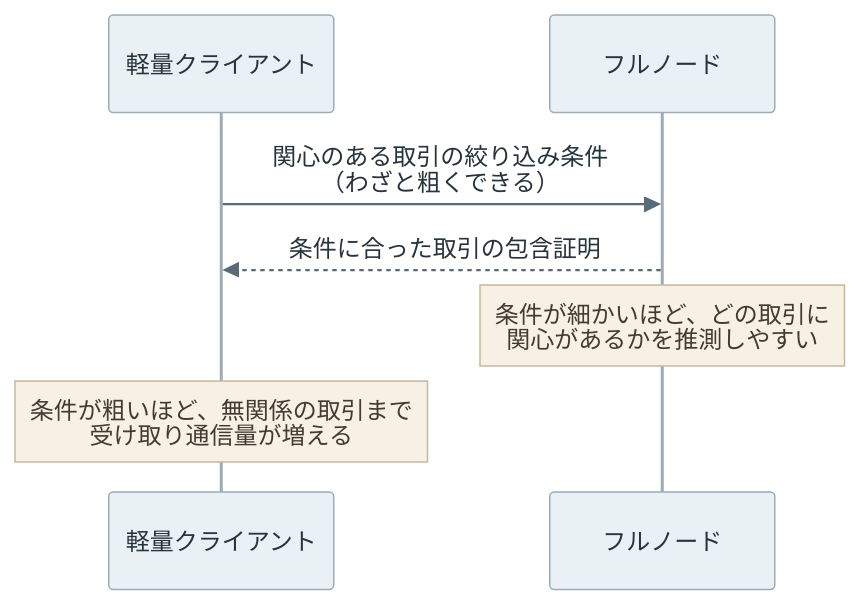
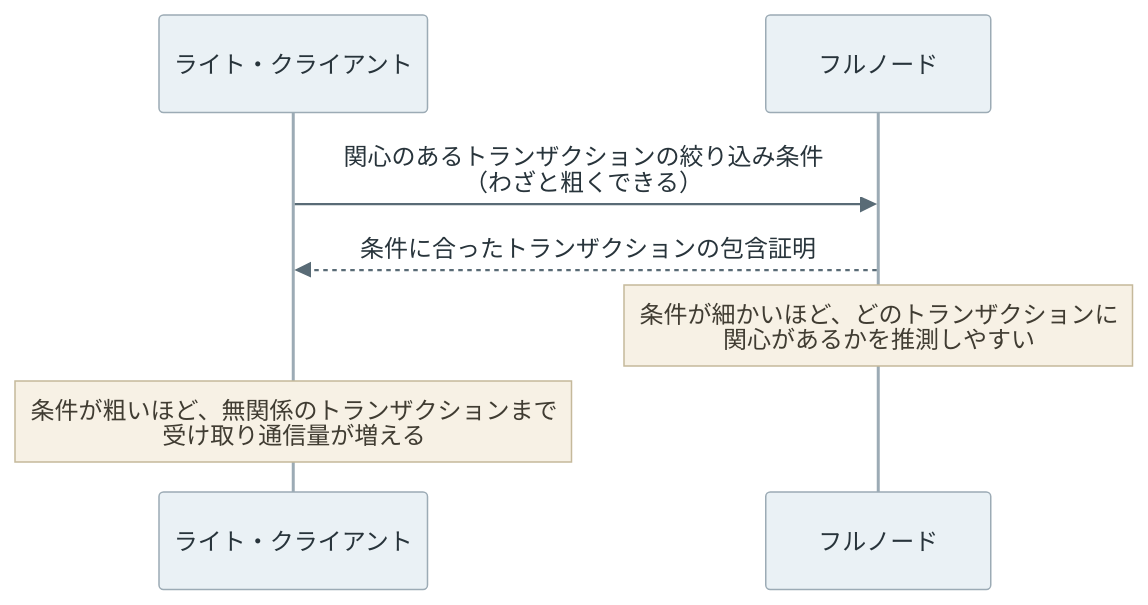
One commit to nao1215/debimate changed the sixth of 6 diagrams in content/notes/blockchain-systems/bitcoin-merkle-tree/index.md. Above: the diagram before and after it, drawn with Mermaid. The commit also changed other lines of this file and 12 other files, not shown here.

````diff
--- a/content/notes/blockchain-systems/bitcoin-merkle-tree/index.md
+++ b/content/notes/blockchain-systems/bitcoin-merkle-tree/index.md
@@ -293,10 +293,10 @@
 ```mermaid
 %%{init: {"theme":"base","themeVariables":{"primaryColor":"#eaf1f5","primaryTextColor":"#28343b","primaryBorderColor":"#9cabb5","lineColor":"#596b76","textColor":"#28343b","actorBkg":"#eaf1f5","actorBorder":"#9cabb5","actorTextColor":"#28343b","actorLineColor":"#9cabb5","signalColor":"#596b76","signalTextColor":"#28343b","noteBkgColor":"#f7f1e5","noteBorderColor":"#c5b99b","noteTextColor":"#403c32","activationBkgColor":"#edf3ef","activationBorderColor":"#9aafa1"}}}%%
 sequenceDiagram
-    participant C as 軽量クライアント
+    participant C as ライト・クライアント
     participant F as フルノード
-    C->>F: 関心のある取引の絞り込み条件<br/>（わざと粗くできる）
-    F-->>C: 条件に合った取引の包含証明
-    Note over F: 条件が細かいほど、どの取引に<br/>関心があるかを推測しやすい
-    Note over C: 条件が粗いほど、無関係の取引まで<br/>受け取り通信量が増える
+    C->>F: 関心のあるトランザクションの絞り込み条件<br/>（わざと粗くできる）
+    F-->>C: 条件に合ったトランザクションの包含証明
+    Note over F: 条件が細かいほど、どのトランザクションに<br/>関心があるかを推測しやすい
+    Note over C: 条件が粗いほど、無関係のトランザクションまで<br/>受け取り通信量が増える
 ```
````
